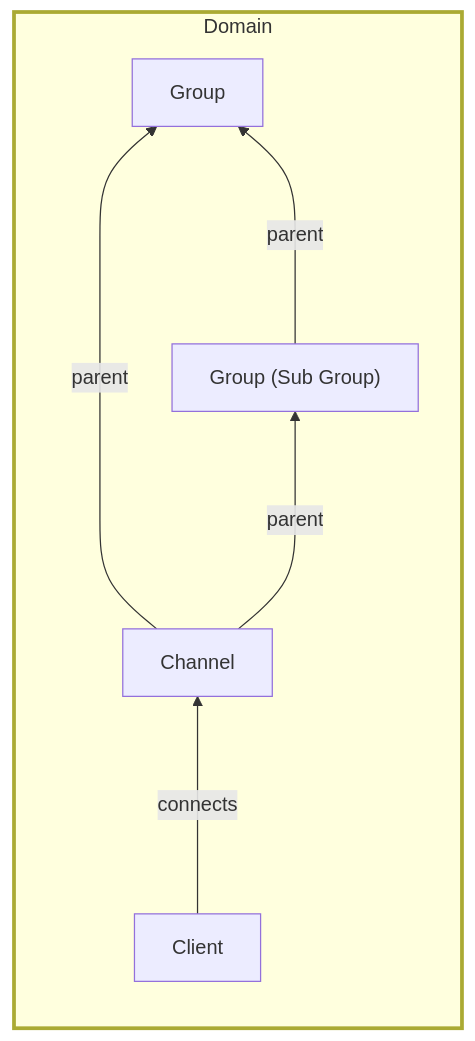
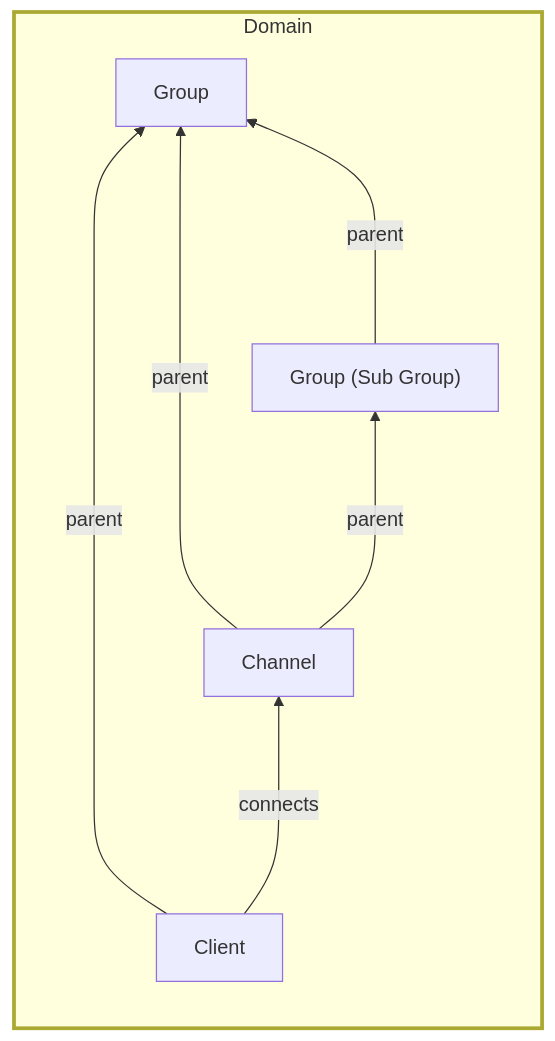
The second of 8 diagrams in docs/authorization.md (nyagamunene/supermq-docs), drawn with Mermaid before and after one commit. The commit also changed other lines of this file and 8 other files, not shown here.

````diff
--- a/docs/authorization.md
+++ b/docs/authorization.md
@@ -32,16 +33,17 @@
 ```mermaid
 graph
    subgraph Domain
       direction BT
       Gr[Group]
-      Th[Client]
+      Cl[Client]
       SG["Group (Sub Group)"]
       Ch[Channel]
 
-      Th --->|connects| Ch
+      Cl --->|connects| Ch
+      Cl --->|parent| Gr
       Ch --->|parent| SG
       Ch --->|parent| Gr
       SG --->|parent| Gr
    end
 style Domain stroke-width:3px,margin-top:10px,margin-bottom:10px
 ```
````
